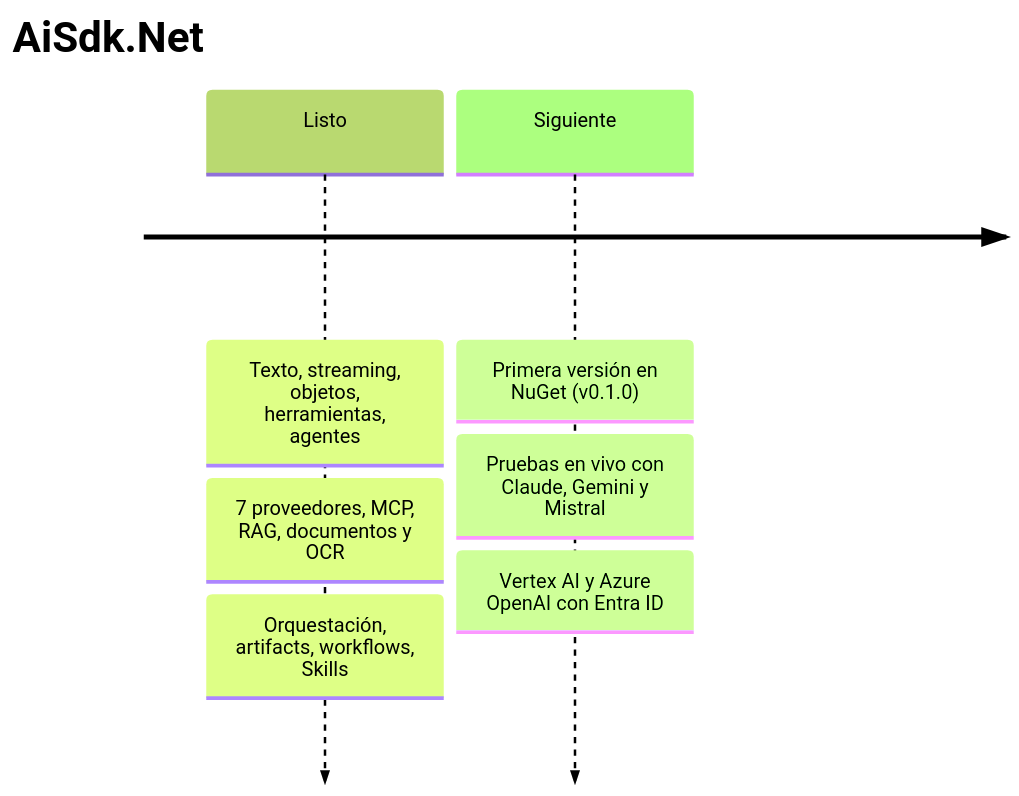
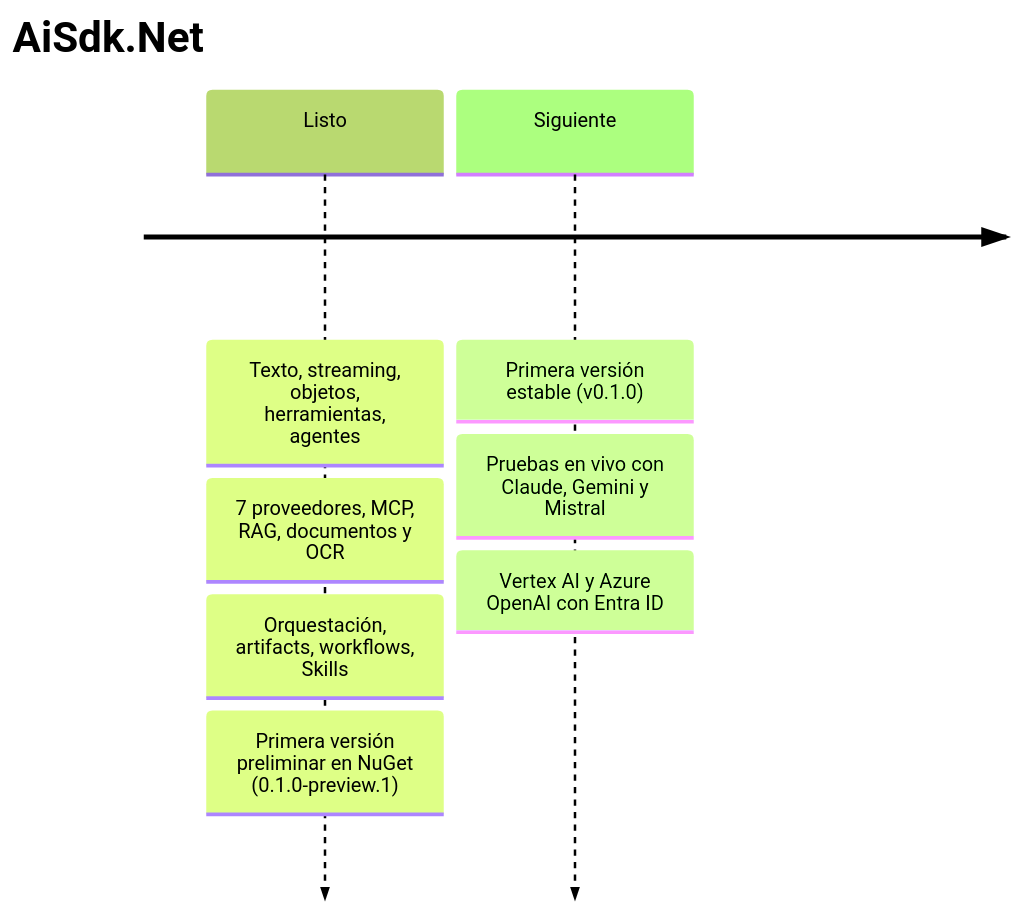
Before and after one commit to bluesmilecl/AiSdk.Net: the diagram in README.es.md, drawn with Mermaid (forest theme). The commit also changed other lines of this file and 5 other files, not shown here.

First line of the commit message:
README: versión preliminar publicada en NuGet

````diff
--- a/README.es.md
+++ b/README.es.md
@@ -171,10 +175,11 @@
 ```mermaid
 timeline
     title AiSdk.Net
     Listo : Texto, streaming, objetos, herramientas, agentes
           : 7 proveedores, MCP, RAG, documentos y OCR
           : Orquestación, artifacts, workflows, Skills
-    Siguiente : Primera versión en NuGet (v0.1.0)
+          : Primera versión preliminar en NuGet (0.1.0-preview.1)
+    Siguiente : Primera versión estable (v0.1.0)
               : Pruebas en vivo con Claude, Gemini y Mistral
               : Vertex AI y Azure OpenAI con Entra ID
 ```
````
